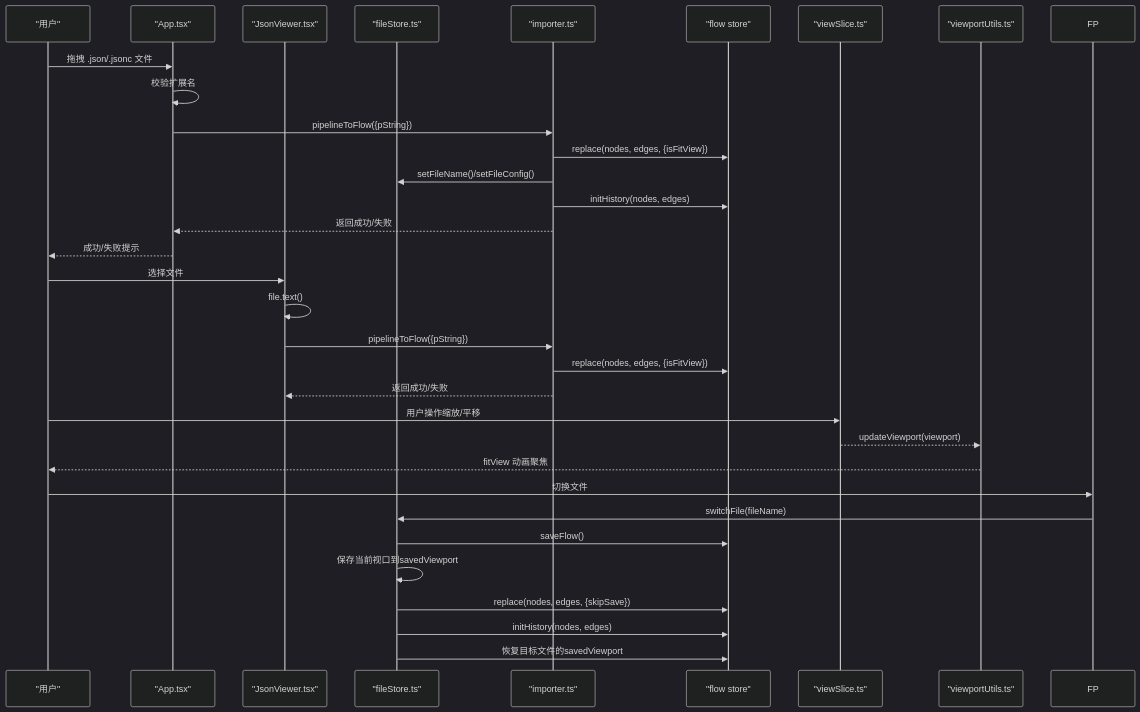
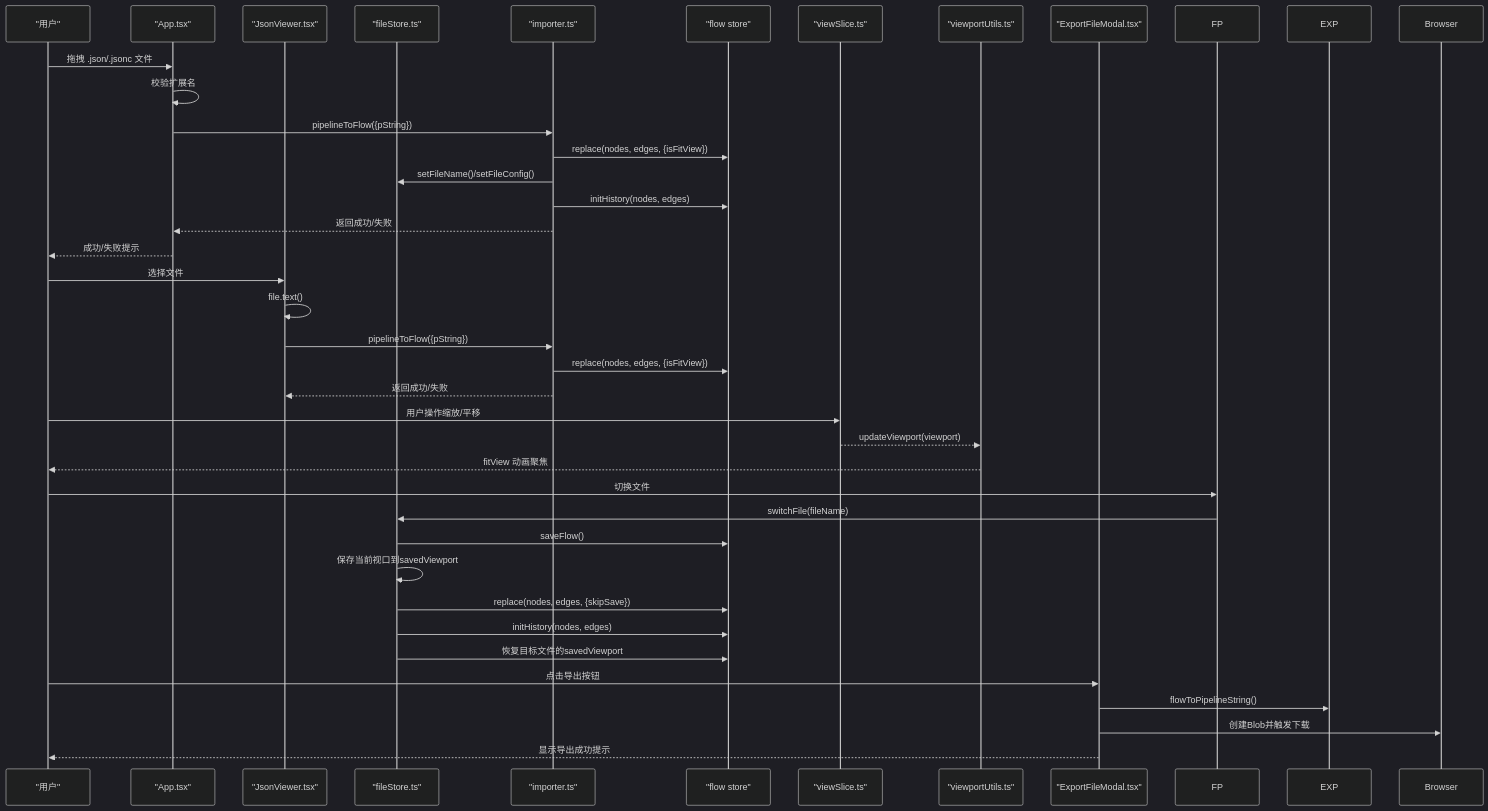
The second of 8 diagrams in .qoder/repowiki/zh/content/核心概念/文件与视口.md (kqcoxn/MaaPipelineEditor), drawn with Mermaid (dark theme) before and after one commit. The commit also changed other lines of this file and 5 other files, not shown here.

````diff
--- a/.qoder/repowiki/zh/content/核心概念/文件与视口.md
+++ b/.qoder/repowiki/zh/content/核心概念/文件与视口.md
@@ -132,34 +140,39 @@
 ```mermaid
 sequenceDiagram
 participant U as "用户"
 participant APP as "App.tsx"
 participant JV as "JsonViewer.tsx"
 participant FS as "fileStore.ts"
 participant IMP as "importer.ts"
 participant FL as "flow store"
 participant VS as "viewSlice.ts"
 participant FU as "viewportUtils.ts"
+participant EFM as "ExportFileModal.tsx"
 U->>APP : 拖拽 .json/.jsonc 文件
 APP->>APP : 校验扩展名
 APP->>IMP : pipelineToFlow({pString})
 IMP->>FL : replace(nodes, edges, {isFitView})
 IMP->>FS : setFileName()/setFileConfig()
 IMP->>FL : initHistory(nodes, edges)
 IMP-->>APP : 返回成功/失败
 APP-->>U : 成功/失败提示
 U->>JV : 选择文件
 JV->>JV : file.text()
 JV->>IMP : pipelineToFlow({pString})
 IMP->>FL : replace(nodes, edges, {isFitView})
 IMP-->>JV : 返回成功/失败
 U->>VS : 用户操作缩放/平移
 VS-->>FU : updateViewport(viewport)
 FU-->>U : fitView 动画聚焦
 U->>FP : 切换文件
 FP->>FS : switchFile(fileName)
 FS->>FL : saveFlow()
 FS->>FS : 保存当前视口到savedViewport
 FS->>FL : replace(nodes, edges, {skipSave})
 FS->>FL : initHistory(nodes, edges)
 FS->>FL : 恢复目标文件的savedViewport
+U->>EFM : 点击导出按钮
+EFM->>EXP : flowToPipelineString()
+EFM->>Browser : 创建Blob并触发下载
+EFM-->>U : 显示导出成功提示
 ```
````
